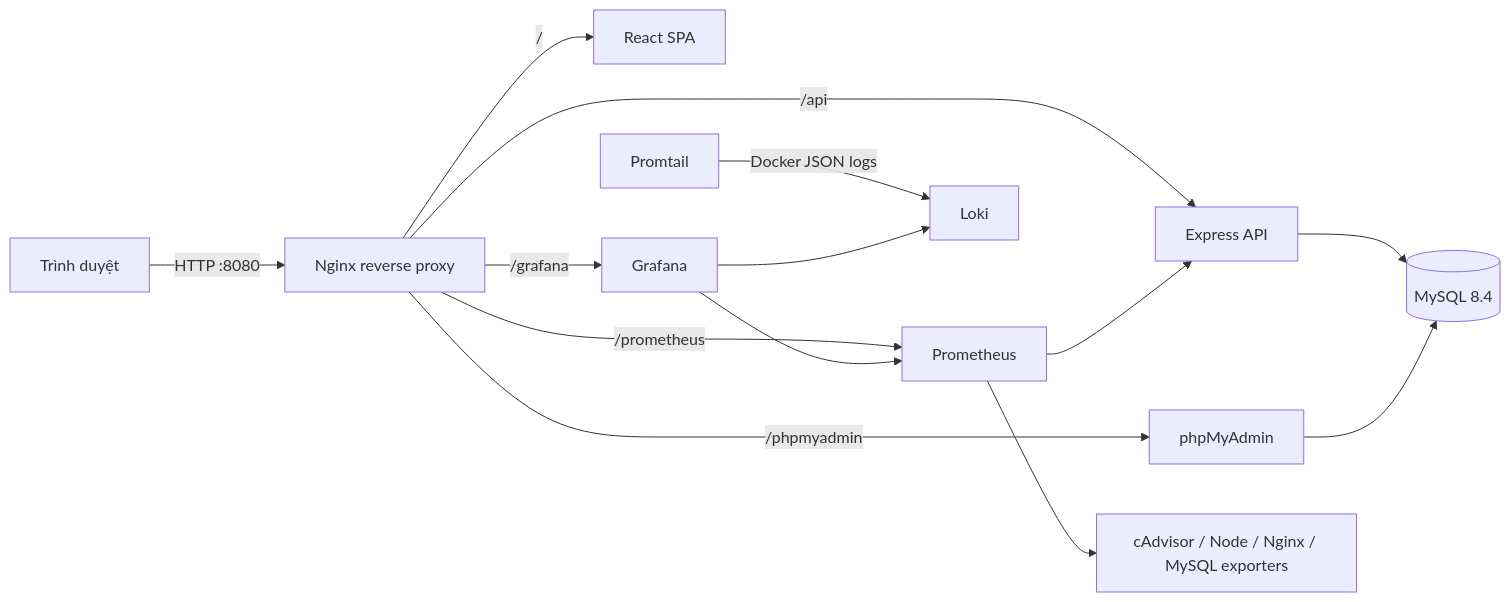
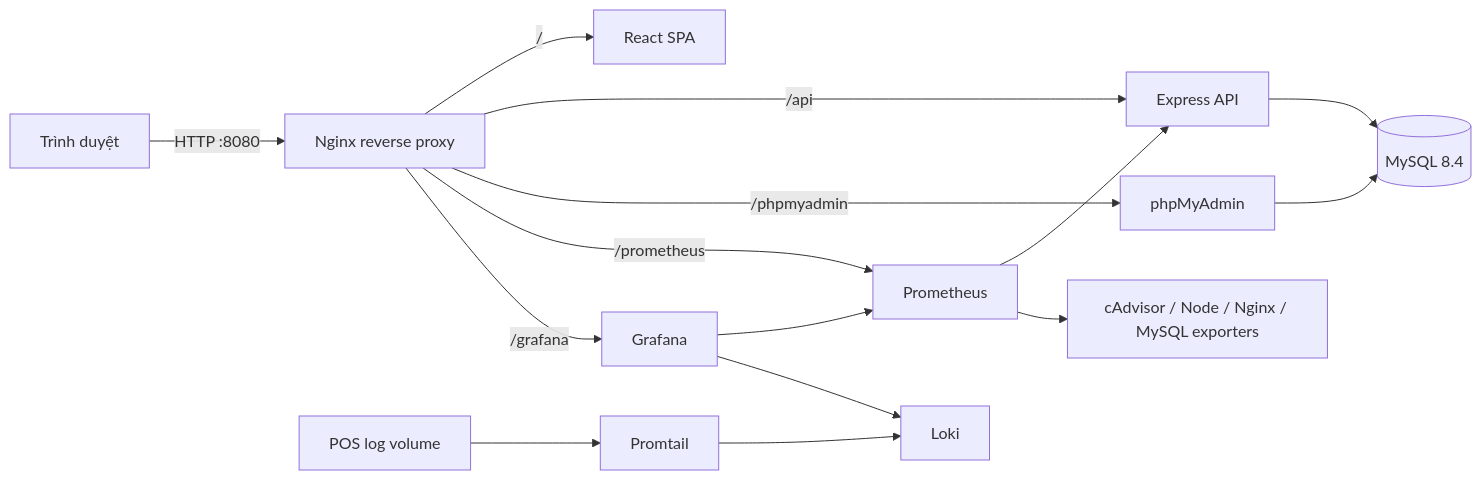
Before and after one commit to tuanvik206/POS: the diagram in README.md, drawn with Mermaid. The commit also changed other lines of this file and 15 other files, not shown here.

````diff
--- a/README.md
+++ b/README.md
@@ -60,16 +62,17 @@
 ```mermaid
 flowchart LR
   Browser[Trình duyệt] -->|HTTP :8080| Nginx[Nginx reverse proxy]
   Nginx -->|/| Web[React SPA]
   Nginx -->|/api| API[Express API]
   API --> MySQL[(MySQL 8.4)]
   Nginx -->|/phpmyadmin| PMA[phpMyAdmin]
   PMA --> MySQL
   Nginx -->|/prometheus| Prom[Prometheus]
   Nginx -->|/grafana| Grafana[Grafana]
   Prom --> API
   Prom --> Exporters[cAdvisor / Node / Nginx / MySQL exporters]
-  Promtail[Promtail] -->|Docker JSON logs| Loki[Loki]
+  Logs[POS log volume] --> Promtail[Promtail]
+  Promtail --> Loki[Loki]
   Grafana --> Prom
   Grafana --> Loki
 ```
````
